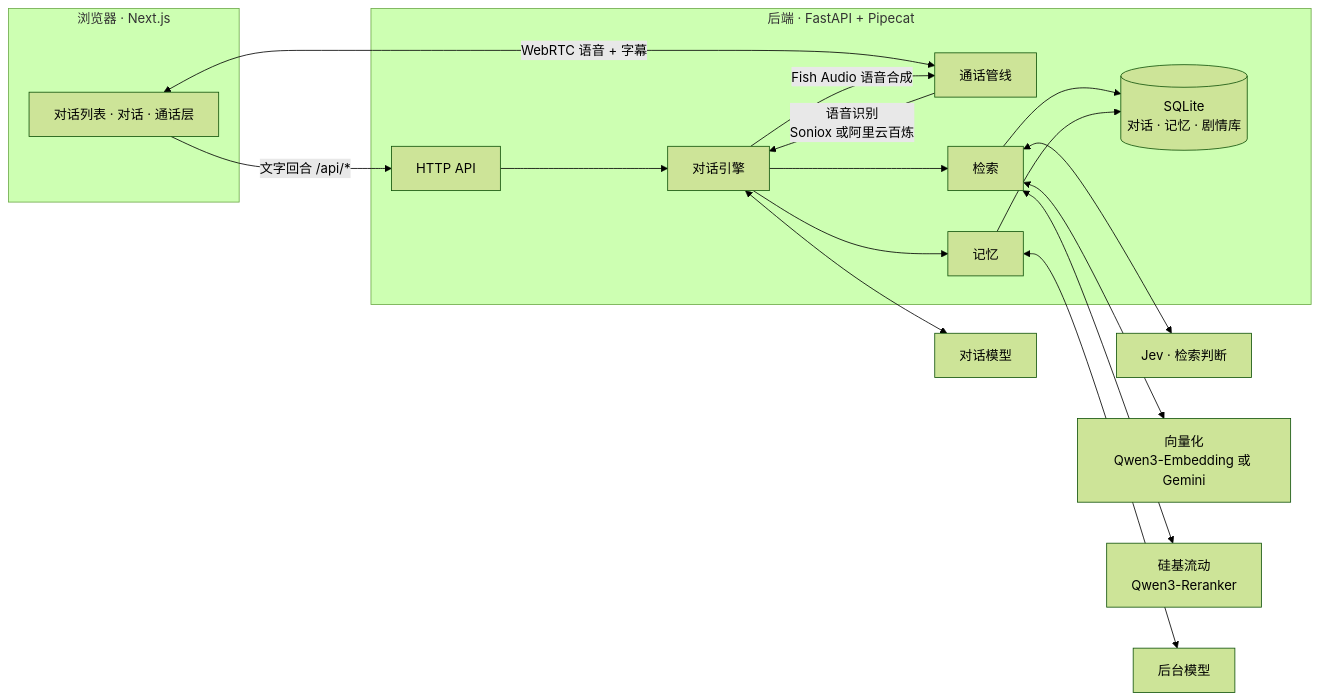
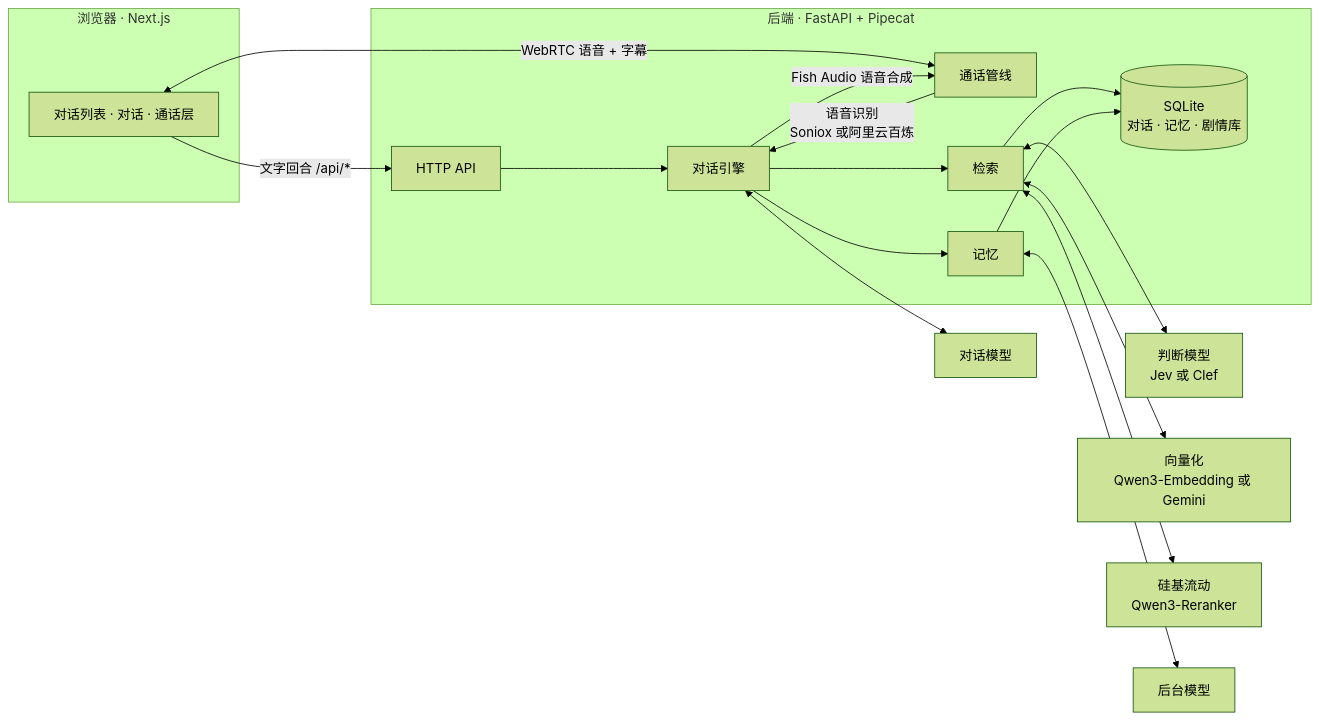
The first of 2 diagrams in README.md (3aKHP/idolum), drawn with Mermaid (forest theme) before and after one commit. The commit also changed other lines of this file and 6 other files, not shown here.

````diff
--- a/README.md
+++ b/README.md
@@ -77,30 +77,30 @@
 ```mermaid
 flowchart LR
     subgraph Browser["浏览器 · Next.js"]
         UI["对话列表 · 对话 · 通话层"]
     end
 
     subgraph Backend["后端 · FastAPI + Pipecat"]
         API["HTTP API"]
         Call["通话管线"]
         Engine["对话引擎"]
         Retrieval["检索"]
         Memory["记忆"]
         DB[("SQLite<br/>对话 · 记忆 · 剧情库")]
     end
 
     UI -- "文字回合 /api/*" --> API
     UI <-- "WebRTC 语音 + 字幕" --> Call
     API --> Engine
     Call -- "语音识别<br/>Soniox 或阿里云百炼" --> Engine
     Engine -- "Fish Audio 语音合成" --> Call
     Engine --> Retrieval
     Engine --> Memory
     Retrieval --> DB
     Memory --> DB
     Engine <--> ChatLLM["对话模型"]
-    Retrieval <--> Jev["Jev · 检索判断"]
+    Retrieval <--> Jev["判断模型<br/>Jev 或 Clef"]
     Retrieval <--> Emb["向量化<br/>Qwen3-Embedding 或 Gemini"]
     Retrieval <--> SF["硅基流动<br/>Qwen3-Reranker"]
     Memory <--> BgLLM["后台模型"]
 ```
````
